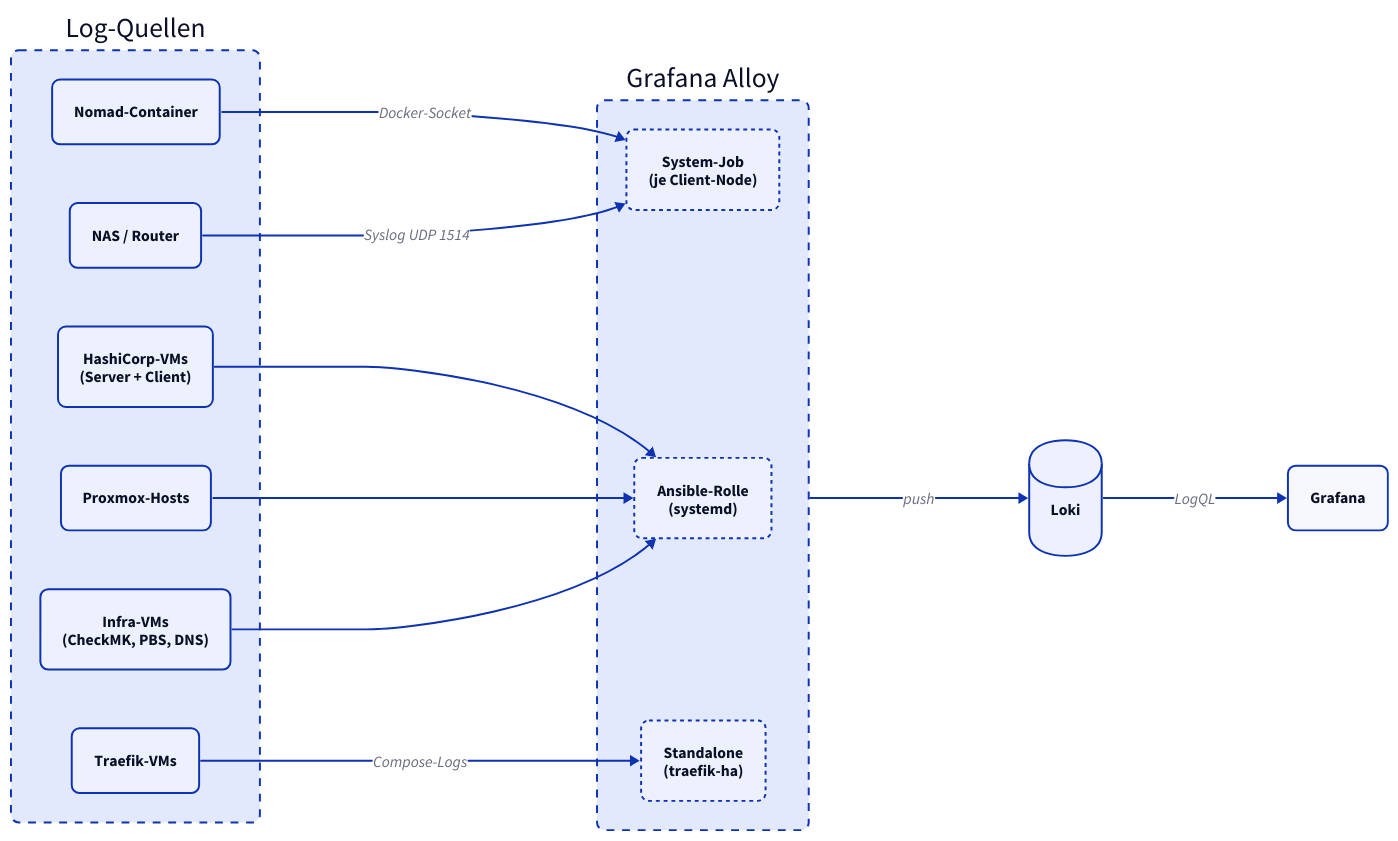
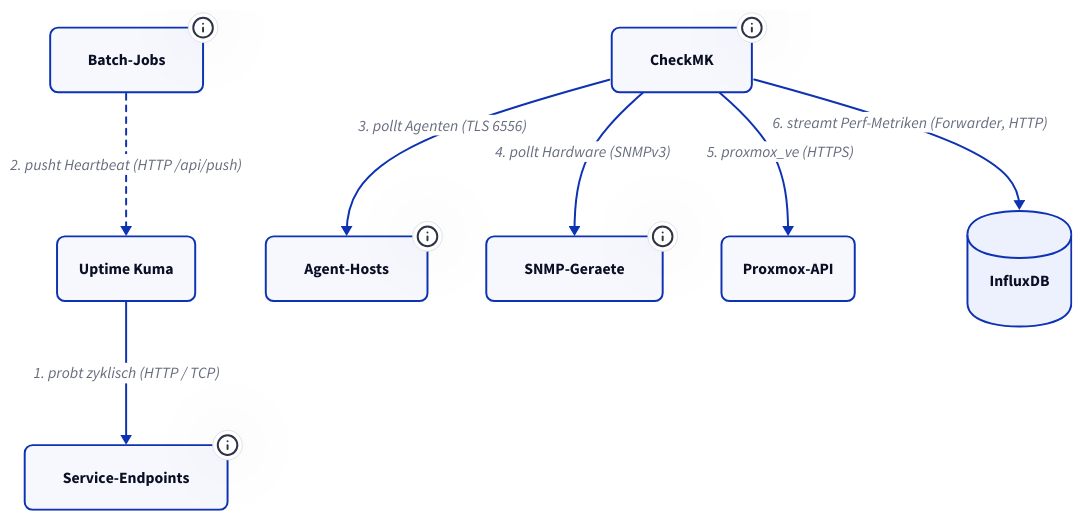
The second of 3 diagrams in docs/monitoring/index.md (derever-labs/homelab-wiki), drawn with D2 before and after one commit. The commit also changed other lines of this file and 1 other file, not shown here.

First line of the commit message:
docs(monitoring): Big-Picture-Seite mit drei Szenario-Diagrammen

````diff
--- a/docs/monitoring/index.md
+++ b/docs/monitoring/index.md
@@ -183,59 +102,40 @@
 ```d2
-direction: right
-
 classes: {
-  svc: {
-    style: {
-      border-radius: 8
-    }
-  }
-  agent: {
-    style: {
-      border-radius: 8
-      stroke-dash: 2
-    }
-  }
-  container: {
-    style: {
-      border-radius: 8
-      stroke-dash: 4
-    }
-  }
-  db: {
-    shape: cylinder
-    style: {
-      border-radius: 8
-    }
-  }
+  svc: { style: { border-radius: 8 } }
+  agent: { style: { border-radius: 8; stroke-dash: 2 } }
+  db: { shape: cylinder; style: { border-radius: 8 } }
+  async: { style: { stroke-dash: 3 } }
 }
 
-sources: Log-Quellen {
-  class: container
-  containers: Nomad-Container {class: svc}
-  vms: HashiCorp-VMs\n(Server + Client) {class: svc}
-  proxmox: Proxmox-Hosts {class: svc}
-  infra: Infra-VMs\n(CheckMK, PBS, DNS) {class: svc}
-  traefik: Traefik-VMs {class: svc}
-  nas: NAS / Router {class: svc}
+kuma: Uptime Kuma { class: svc }
+checkmk: CheckMK {
+  class: svc
+  tooltip: Eigenstaendige VM auf pve02 (Site homelab), kein Nomad-Job
 }
 
-alloy: Grafana Alloy {
-  class: container
-  sys: System-Job\n(je Client-Node) {class: agent}
-  ansible: Ansible-Rolle\n(systemd) {class: agent}
-  standalone: Standalone\n(traefik-ha) {class: agent}
+endpoints: Service-Endpoints {
+  class: svc
+  tooltip: Kern-Infra (Nomad/Consul/Vault, DNS, Ingress, Storage) plus Flaeche (Media, Apps, IoT)
 }
+batch: Batch-Jobs {
+  class: svc
+  tooltip: Backups, Snapshots, Crons -- bei Fehler expliziter Down-Push mit Fehlergrund
+}
+agents: Agent-Hosts {
+  class: svc
+  tooltip: VMs und Proxmox-Hosts mit CheckMK-Agent, Nomad-Container via Docker-Piggyback
+}
+snmp: SNMP-Geraete {
+  class: svc
+  tooltip: Beide Synology-NAS (synology-nas, nana-nas via Tailscale)
+}
+pve: Proxmox-API { class: svc }
+influx: InfluxDB { class: db }
 
-loki: Loki {class: db}
-grafana: Grafana {class: svc}
-
-sources.containers -> alloy.sys: Docker-Socket
-sources.nas -> alloy.sys: Syslog UDP 1514
-sources.vms -> alloy.ansible
-sources.proxmox -> alloy.ansible
-sources.infra -> alloy.ansible
-sources.traefik -> alloy.standalone: Compose-Logs
-
-alloy -> loki: push
-loki -> grafana: LogQL
+kuma -> endpoints: 1. probt zyklisch (HTTP / TCP)
+batch -> kuma: 2. pusht Heartbeat (HTTP /api/push) { class: async }
+checkmk -> agents: 3. pollt Agenten (TLS 6556)
+checkmk -> snmp: 4. pollt Hardware (SNMPv3)
+checkmk -> pve: 5. proxmox_ve (HTTPS)
+checkmk -> influx: 6. streamt Perf-Metriken (Forwarder, HTTP)
 ```
````
